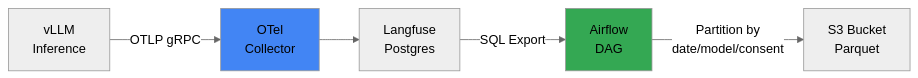
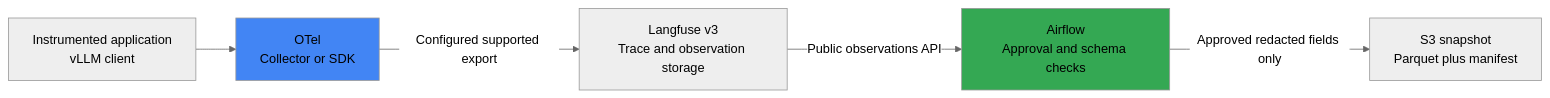
One commit to devfloor9/engineering-playbook changed the diagram in docs/agentic-ai-platform/reference-architecture/model-lifecycle/continuous-training/trace-to-dataset.md. Above: the diagram before and after it, drawn with Mermaid (neutral theme). The commit also changed other lines of this file and 2 other files, not shown here.

First line of the commit message:
Correct trace materialization and evaluation authorization

````diff
--- a/docs/agentic-ai-platform/reference-architecture/model-lifecycle/continuous-training/trace-to-dataset.md
+++ b/docs/agentic-ai-platform/reference-architecture/model-lifecycle/continuous-training/trace-to-dataset.md
@@ -28,16 +29,14 @@
 ```mermaid
 flowchart LR
-    VLLM[vLLM<br/>Inference]
-    OTEL[OTel<br/>Collector]
-    LF[Langfuse<br/>Postgres]
-    AIRFLOW[Airflow<br/>DAG]
-    S3[S3 Bucket<br/>Parquet]
-    
-    VLLM -->|OTLP gRPC| OTEL
-    OTEL --> LF
-    LF -->|SQL Export| AIRFLOW
-    AIRFLOW -->|Partition by<br/>date/model/consent| S3
-    
+    APP[Instrumented application<br/>vLLM client]
+    OTEL[OTel<br/>Collector or SDK]
+    LF[Langfuse v3<br/>Trace and observation storage]
+    AIRFLOW[Airflow<br/>Approval and schema checks]
+    S3[S3 snapshot<br/>Parquet plus manifest]
+    APP --> OTEL
+    OTEL -->|Configured supported export| LF
+    LF -->|Public observations API| AIRFLOW
+    AIRFLOW -->|Approved redacted fields only| S3
     style OTEL fill:#4285f4
     style AIRFLOW fill:#34a853
 ```
````
